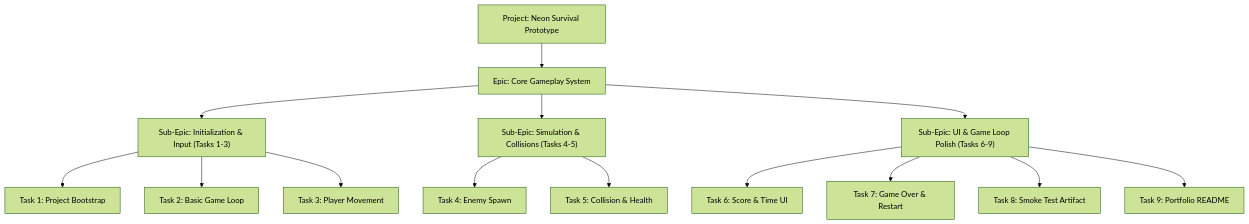
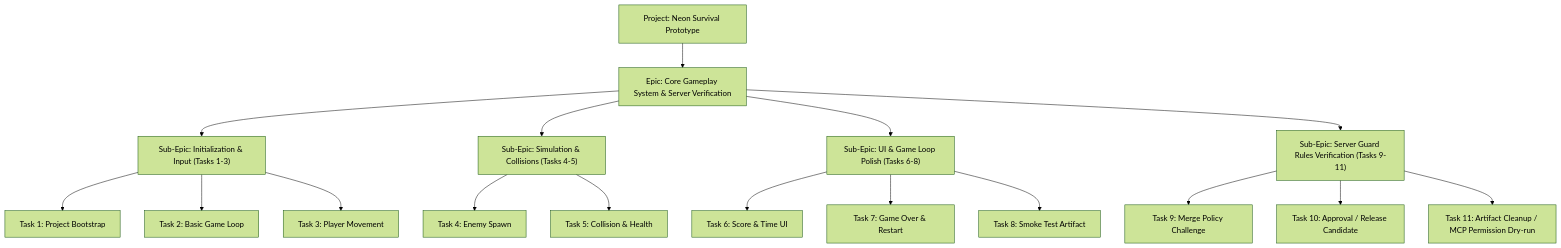
One commit to powerpunch080403/ai-game-company-server changed the diagram in docs/FIRST_PORTFOLIO_GAME_SEED_DRAFT.md. Above: the diagram before and after it, drawn with Mermaid (forest theme). The commit also changed other lines of this file and 3 other files, not shown here.

Commit message:
docs: align first portfolio game files with E2E verification harness specs

````diff
--- a/docs/FIRST_PORTFOLIO_GAME_SEED_DRAFT.md
+++ b/docs/FIRST_PORTFOLIO_GAME_SEED_DRAFT.md
@@ -9,19 +9,23 @@
 ```mermaid
 graph TD
-    Project["Project: Neon Survival Prototype"] --> Epic["Epic: Core Gameplay System"]
+    Project["Project: Neon Survival Prototype"] --> Epic["Epic: Core Gameplay System & Server Verification"]
     Epic --> SubEpic["Sub-Epic: Initialization & Input (Tasks 1-3)"]
     Epic --> SubEpic2["Sub-Epic: Simulation & Collisions (Tasks 4-5)"]
-    Epic --> SubEpic3["Sub-Epic: UI & Game Loop Polish (Tasks 6-9)"]
+    Epic --> SubEpic3["Sub-Epic: UI & Game Loop Polish (Tasks 6-8)"]
+    Epic --> SubEpic4["Sub-Epic: Server Guard Rules Verification (Tasks 9-11)"]
     
     SubEpic --> Task1["Task 1: Project Bootstrap"]
     SubEpic --> Task2["Task 2: Basic Game Loop"]
     SubEpic --> Task3["Task 3: Player Movement"]
     
     SubEpic2 --> Task4["Task 4: Enemy Spawn"]
     SubEpic2 --> Task5["Task 5: Collision & Health"]
     
     SubEpic3 --> Task6["Task 6: Score & Time UI"]
     SubEpic3 --> Task7["Task 7: Game Over & Restart"]
     SubEpic3 --> Task8["Task 8: Smoke Test Artifact"]
-    SubEpic3 --> Task9["Task 9: Portfolio README"]
+    
+    SubEpic4 --> Task9["Task 9: Merge Policy Challenge"]
+    SubEpic4 --> Task10["Task 10: Approval / Release Candidate"]
+    SubEpic4 --> Task11["Task 11: Artifact Cleanup / MCP Permission Dry-run"]
 ```
````
